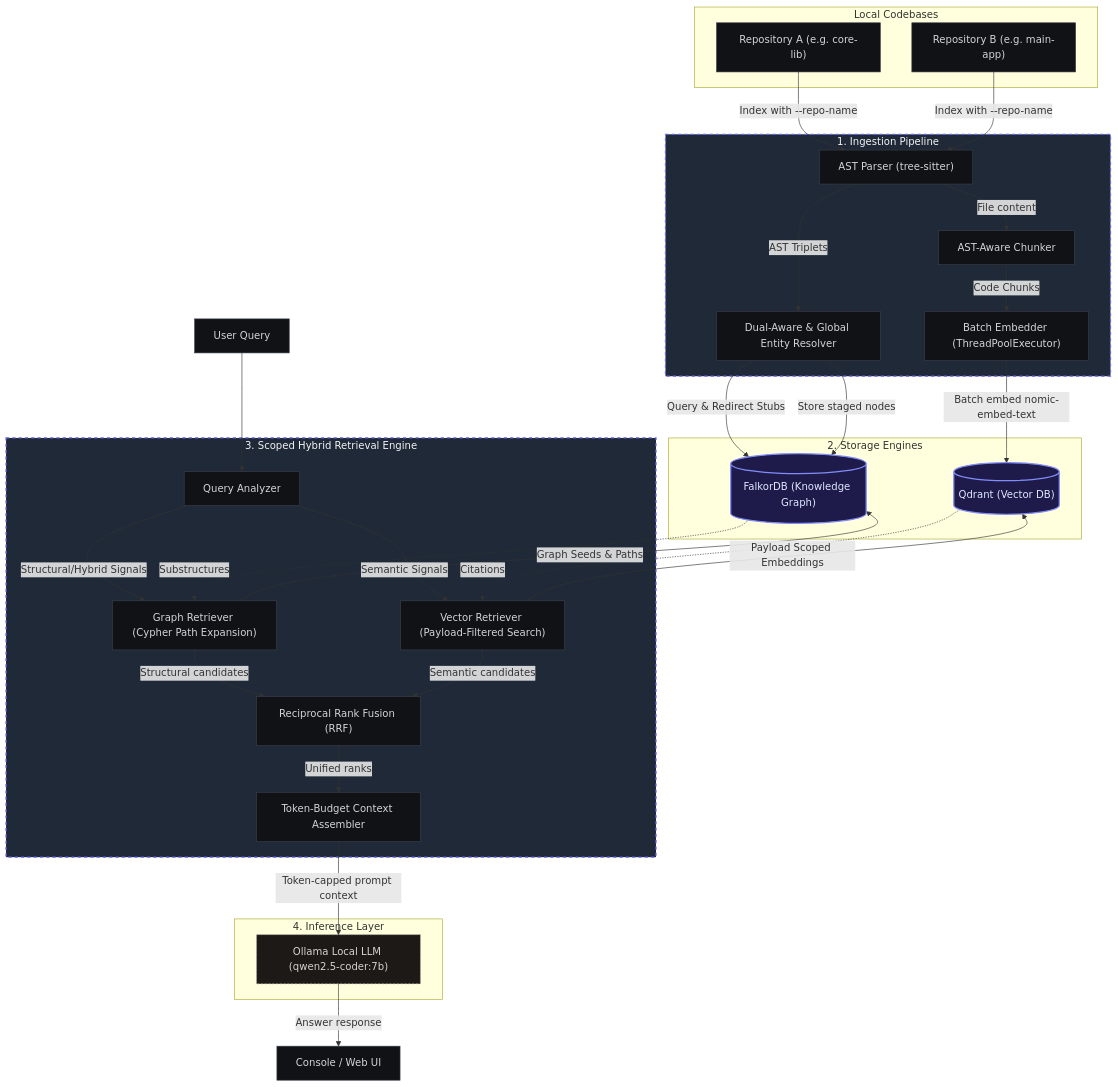
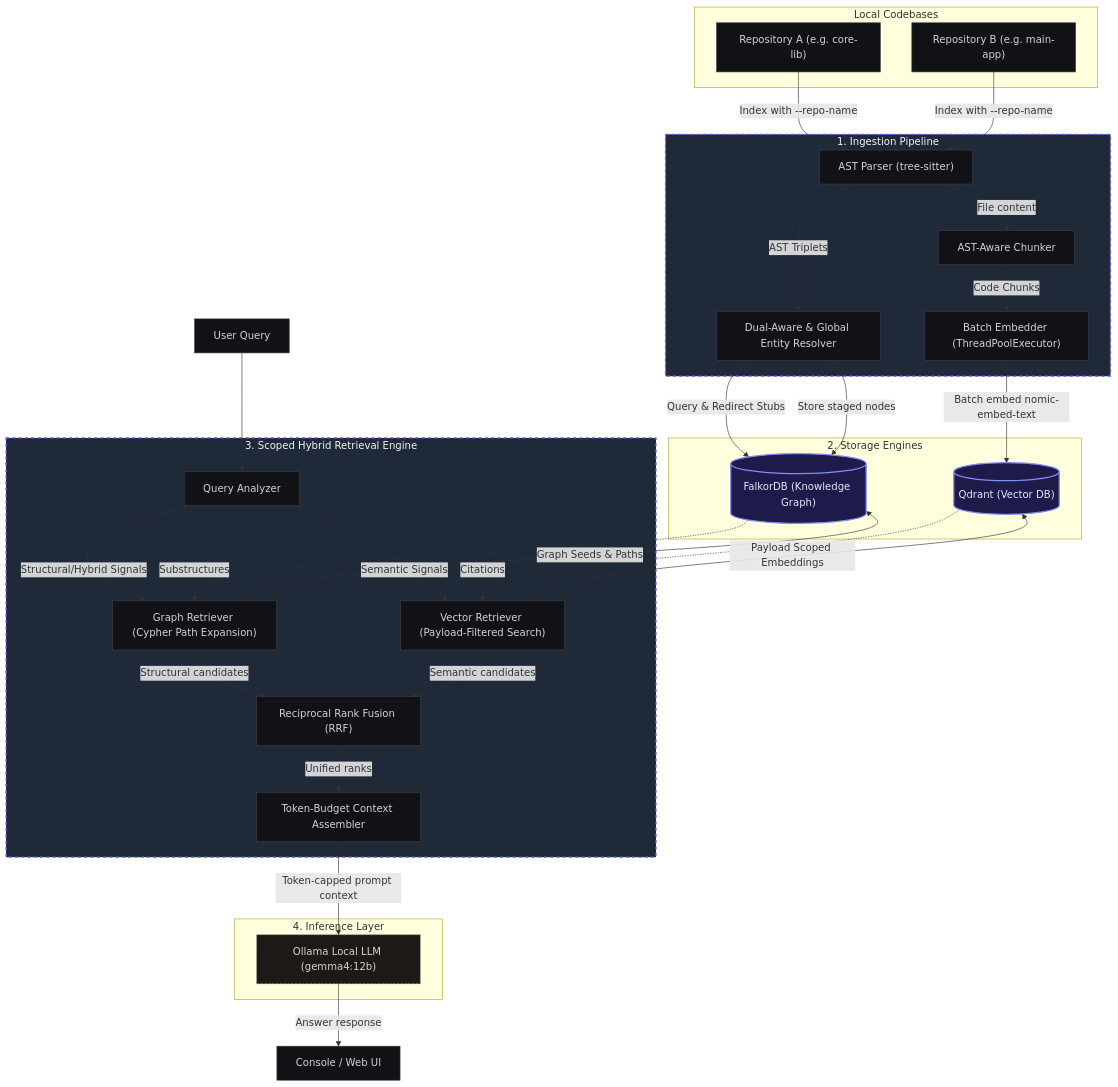
One commit to trantienduat/hybrid-RAG changed the first of 3 diagrams in docs/architecture.md. Above: the diagram before and after it, drawn with Mermaid. The commit also changed other lines of this file and 12 other files, not shown here.

Commit message:
feat: upgrade default local LLM model to gemma4:12b

````diff
--- a/docs/architecture.md
+++ b/docs/architecture.md
@@ -13,69 +13,69 @@
 ```mermaid
 graph TD
     %% Styling
     classDef default fill:#111216,stroke:#3b3f4c,stroke-width:1px,color:#d1d5db;
     classDef component fill:#1f2937,stroke:#6366f1,stroke-dasharray: 5 5,stroke-width:2px,color:#f3f4f6;
     classDef storage fill:#1e1b4b,stroke:#818cf8,stroke-width:2px,color:#e0e7ff;
     classDef external fill:#1c1917,stroke:#a8a29e,stroke-dasharray: 3 3,color:#d6d3d1;
 
     subgraph UserRepo ["Local Codebases"]
         RepoA["Repository A (e.g. core-lib)"]
         RepoB["Repository B (e.g. main-app)"]
     end
 
     subgraph Ingestion ["1. Ingestion Pipeline"]
         Parser["AST Parser (tree-sitter)"]
         Resolver["Dual-Aware & Global Entity Resolver"]
         Chunker["AST-Aware Chunker"]
         Embedder["Batch Embedder (ThreadPoolExecutor)"]
     end
 
     subgraph Storage ["2. Storage Engines"]
         FalkorDB[("FalkorDB (Knowledge Graph)")];
         Qdrant[("Qdrant (Vector DB)")];
     end
 
     subgraph Retrieval ["3. Scoped Hybrid Retrieval Engine"]
         Analyzer["Query Analyzer"]
         GraphRetriever["Graph Retriever (Cypher Path Expansion)"]
         VectorRetriever["Vector Retriever (Payload-Filtered Search)"]
         RRF["Reciprocal Rank Fusion (RRF)"]
         Assembler["Token-Budget Context Assembler"]
     end
 
     subgraph Inference ["4. Inference Layer"]
-        OllamaLLM["Ollama Local LLM (qwen2.5-coder:7b)"]
+        OllamaLLM["Ollama Local LLM (gemma4:12b)"]
     end
 
     %% Flow links
     RepoA --> |Index with --repo-name| Parser
     RepoB --> |Index with --repo-name| Parser
     Parser --> |AST Triplets| Resolver
     Resolver --> |Query & Redirect Stubs| FalkorDB
     Resolver --> |Store staged nodes| FalkorDB
     Parser --> |File content| Chunker
     Chunker --> |Code Chunks| Embedder
     Embedder --> |Batch embed nomic-embed-text| Qdrant
     
     %% Retrieval flow
     UserQuery["User Query"] --> Analyzer
     Analyzer --> |Structural/Hybrid Signals| GraphRetriever
     Analyzer --> |Semantic Signals| VectorRetriever
     
     GraphRetriever --> |Graph Seeds & Paths| FalkorDB
     VectorRetriever --> |Payload Scoped Embeddings| Qdrant
     
     FalkorDB -.-> |Substructures| GraphRetriever
     Qdrant -.-> |Citations| VectorRetriever
     
     GraphRetriever --> |Structural candidates| RRF
     VectorRetriever --> |Semantic candidates| RRF
     
     RRF --> |Unified ranks| Assembler
     Assembler --> |Token-capped prompt context| OllamaLLM
     OllamaLLM --> |Answer response| Client["Console / Web UI"]
 
     class Ingestion,Retrieval component;
     class FalkorDB,Qdrant storage;
     class OllamaLLM external;
 ```
````
